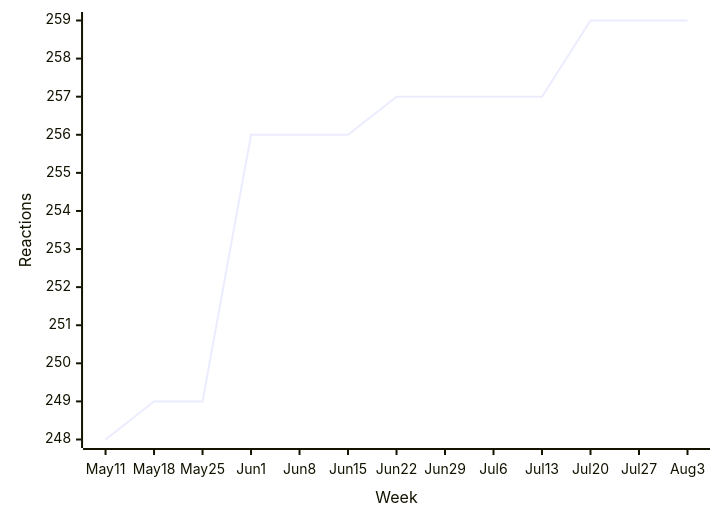
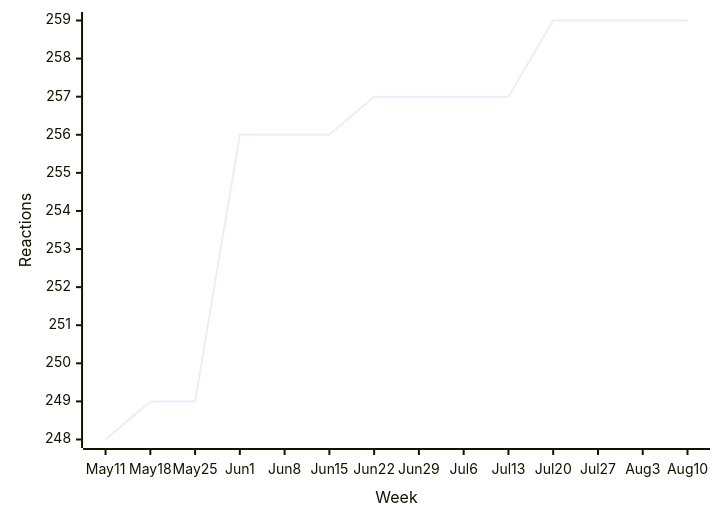
One commit to loic-sharma/github-insights changed diagram 14 of 43 in README.md. Above: the diagram before and after it, drawn with Mermaid. The commit also changed other lines of this file and 3 other files, not shown here.

````diff
--- a/README.md
+++ b/README.md
@@ -560,6 +560,6 @@
   ```mermaid
   xychart-beta
-    x-axis "Week" [May 11, May 18, May 25, Jun 1, Jun 8, Jun 15, Jun 22, Jun 29, Jul 6, Jul 13, Jul 20, Jul 27, Aug 3]
+    x-axis "Week" [May 11, May 18, May 25, Jun 1, Jun 8, Jun 15, Jun 22, Jun 29, Jul 6, Jul 13, Jul 20, Jul 27, Aug 3, Aug 10]
     y-axis "Reactions"
-    line [248, 249, 249, 256, 256, 256, 257, 257, 257, 257, 259, 259, 259]
+    line [248, 249, 249, 256, 256, 256, 257, 257, 257, 257, 259, 259, 259, 259]
   ```
````
